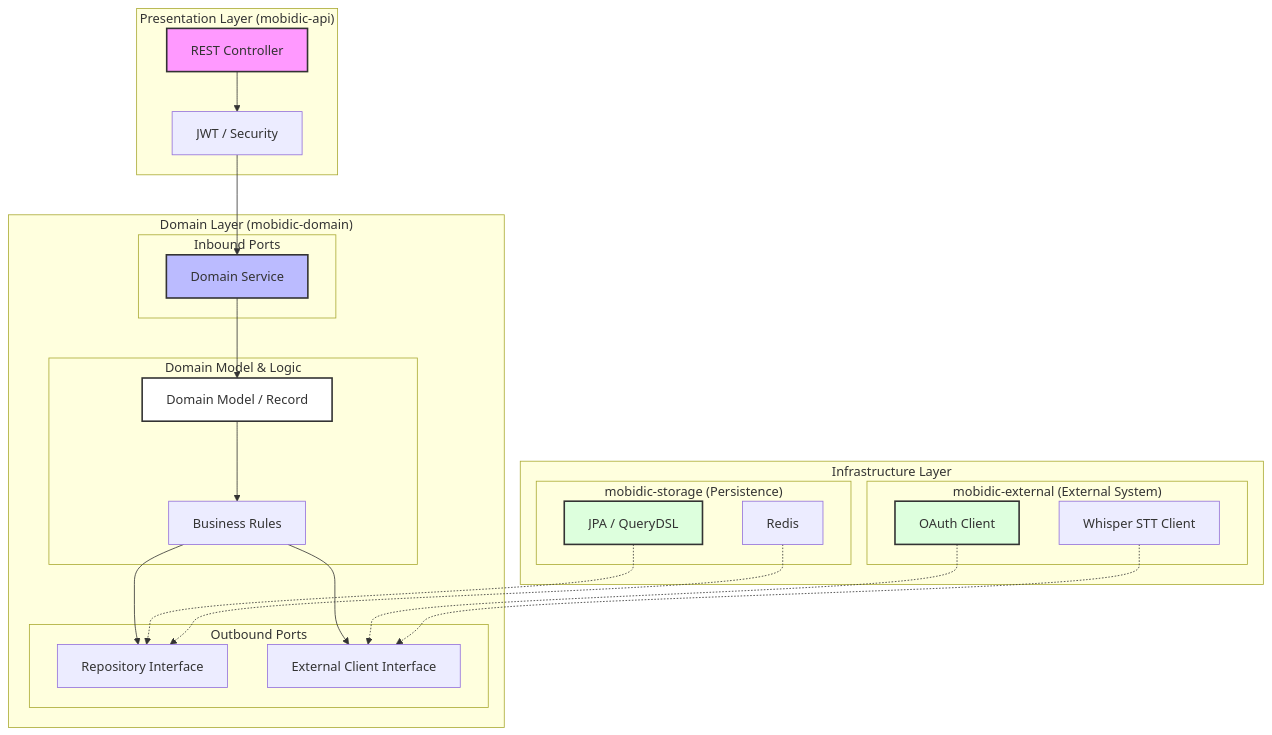
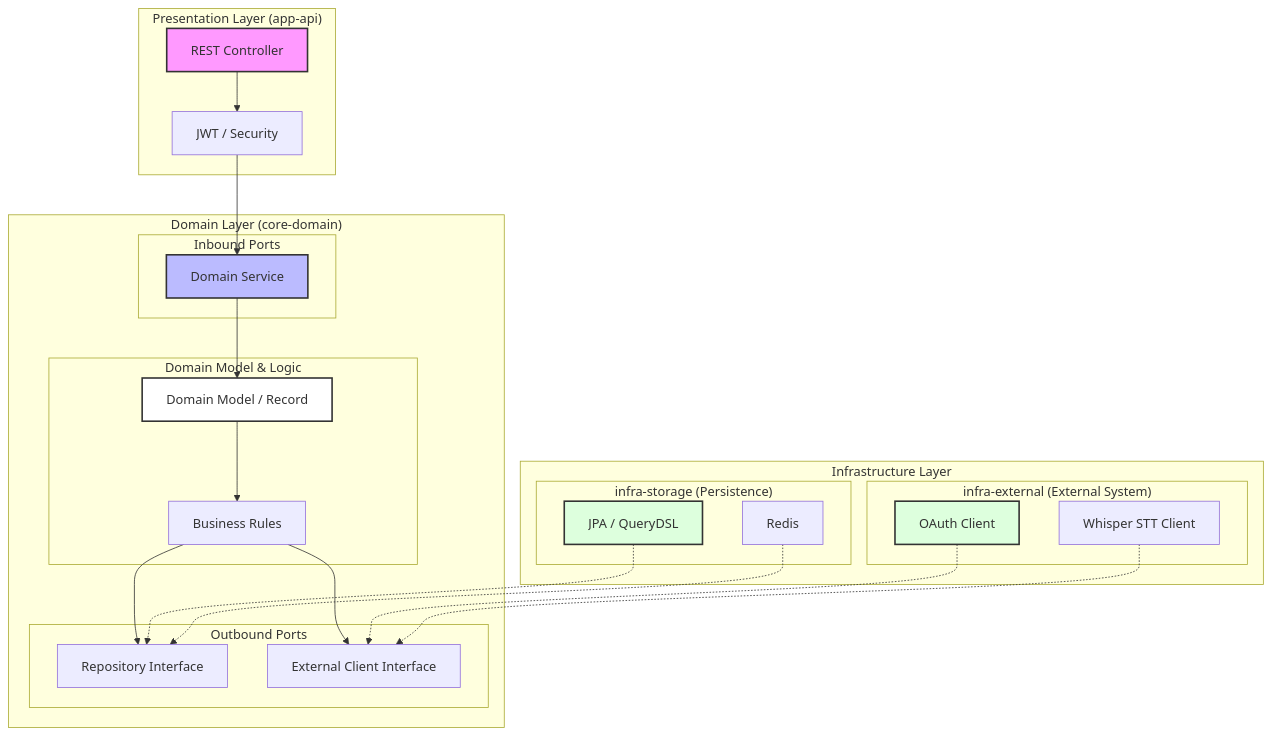
One commit to kthowns/mobidic-be changed the diagram in README.md. Above: the diagram before and after it, drawn with Mermaid. The commit also changed other lines of this file and 295 other files, not shown here.

````diff
--- a/README.md
+++ b/README.md
@@ -85,56 +85,56 @@
 ```mermaid
 graph TB
-    subgraph "Presentation Layer (mobidic-api)"
+    subgraph "Presentation Layer (app-api)"
         Controller[REST Controller]
         Security[JWT / Security]
     end
 
-    subgraph "Domain Layer (mobidic-domain)"
+    subgraph "Domain Layer (core-domain)"
         subgraph "Inbound Ports"
             Service[Domain Service]
         end
 
         subgraph "Domain Model & Logic"
             Model[Domain Model / Record]
             Logic[Business Rules]
         end
 
         subgraph "Outbound Ports"
             RepoInterface[Repository Interface]
             ExternalInterface[External Client Interface]
         end
     end
 
     subgraph "Infrastructure Layer"
-        subgraph "mobidic-storage (Persistence)"
+        subgraph "infra-storage (Persistence)"
             JPA[JPA / QueryDSL]
             Redis[Redis]
         end
 
-        subgraph "mobidic-external (External System)"
+        subgraph "infra-external (External System)"
             OAuth[OAuth Client]
             STT[Whisper STT Client]
         end
     end
 
     %% Data Flow
     Controller --> Security
     Security --> Service
     Service --> Model
     Model --> Logic
     Logic --> RepoInterface
     Logic --> ExternalInterface
 
     %% DIP (Implementation)
     JPA -.-> RepoInterface
     Redis -.-> RepoInterface
     OAuth -.-> ExternalInterface
     STT -.-> ExternalInterface
 
     %% Styling
     style Controller fill:#f9f,stroke:#333,stroke-width:2px
     style Service fill:#bbf,stroke:#333,stroke-width:2px
     style Model fill:#fff,stroke:#333,stroke-width:2px
     style JPA fill:#dfd,stroke:#333,stroke-width:2px
     style OAuth fill:#dfd,stroke:#333,stroke-width:2px
 ```
````
